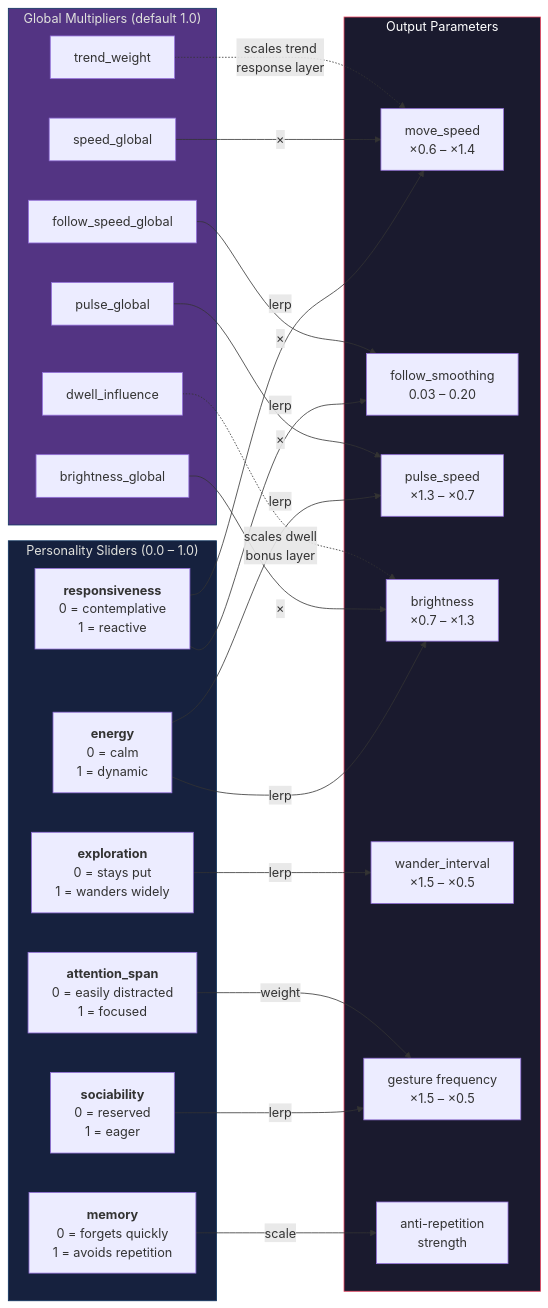
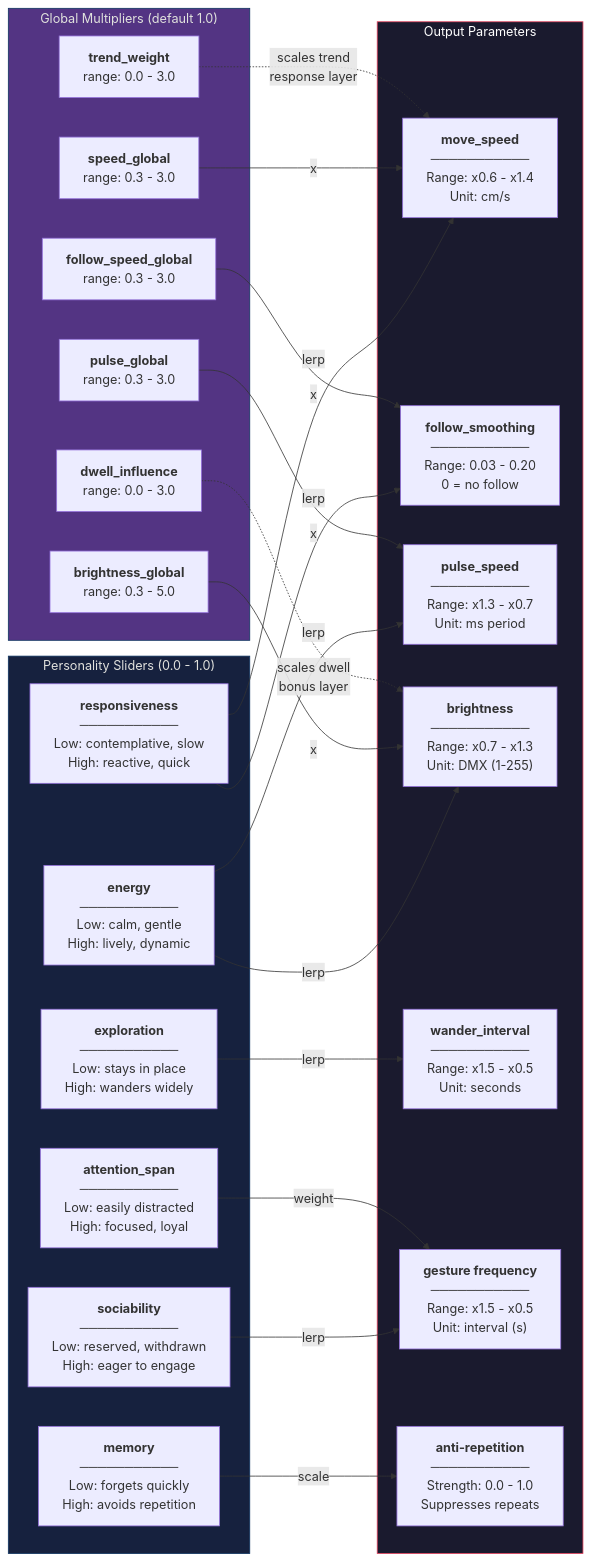
One commit to npuckett/dc-dev changed the fourth of 17 diagrams in IO/BEHAVIOR_DIAGRAMS.md. Above: the diagram before and after it, drawn with Mermaid. The commit also changed other lines of this file, not shown here.

Commit message:
cv diagram added

````diff
--- a/IO/BEHAVIOR_DIAGRAMS.md
+++ b/IO/BEHAVIOR_DIAGRAMS.md
@@ -183,50 +183,50 @@
 ```mermaid
 flowchart LR
-    subgraph SLIDERS["Personality Sliders (0.0 – 1.0)"]
-        RESP["<b>responsiveness</b><br/>0 = contemplative<br/>1 = reactive"]
-        ENER["<b>energy</b><br/>0 = calm<br/>1 = dynamic"]
-        ATTN["<b>attention_span</b><br/>0 = easily distracted<br/>1 = focused"]
-        SOCI["<b>sociability</b><br/>0 = reserved<br/>1 = eager"]
-        EXPL["<b>exploration</b><br/>0 = stays put<br/>1 = wanders widely"]
-        MEMO["<b>memory</b><br/>0 = forgets quickly<br/>1 = avoids repetition"]
+    subgraph SLIDERS["Personality Sliders (0.0 - 1.0)"]
+        RESP["<b>responsiveness</b><br/>───────────<br/>Low: contemplative, slow<br/>High: reactive, quick"]
+        ENER["<b>energy</b><br/>───────────<br/>Low: calm, gentle<br/>High: lively, dynamic"]
+        ATTN["<b>attention_span</b><br/>───────────<br/>Low: easily distracted<br/>High: focused, loyal"]
+        SOCI["<b>sociability</b><br/>───────────<br/>Low: reserved, withdrawn<br/>High: eager to engage"]
+        EXPL["<b>exploration</b><br/>───────────<br/>Low: stays in place<br/>High: wanders widely"]
+        MEMO["<b>memory</b><br/>───────────<br/>Low: forgets quickly<br/>High: avoids repetition"]
     end
 
     subgraph OUTPUTS["Output Parameters"]
-        SPEED["move_speed<br/>×0.6 – ×1.4"]
-        FOLLOW["follow_smoothing<br/>0.03 – 0.20"]
-        PULSE["pulse_speed<br/>×1.3 – ×0.7"]
-        BRIGHT["brightness<br/>×0.7 – ×1.3"]
-        WANDER["wander_interval<br/>×1.5 – ×0.5"]
-        GESTURE["gesture frequency<br/>×1.5 – ×0.5"]
-        ANTIREP["anti-repetition<br/>strength"]
+        SPEED["<b>move_speed</b><br/>───────────<br/>Range: x0.6 - x1.4<br/>Unit: cm/s"]
+        FOLLOW["<b>follow_smoothing</b><br/>───────────<br/>Range: 0.03 - 0.20<br/>0 = no follow"]
+        PULSE["<b>pulse_speed</b><br/>───────────<br/>Range: x1.3 - x0.7<br/>Unit: ms period"]
+        BRIGHT["<b>brightness</b><br/>───────────<br/>Range: x0.7 - x1.3<br/>Unit: DMX (1-255)"]
+        WANDER["<b>wander_interval</b><br/>───────────<br/>Range: x1.5 - x0.5<br/>Unit: seconds"]
+        GESTURE["<b>gesture frequency</b><br/>───────────<br/>Range: x1.5 - x0.5<br/>Unit: interval (s)"]
+        ANTIREP["<b>anti-repetition</b><br/>───────────<br/>Strength: 0.0 - 1.0<br/>Suppresses repeats"]
     end
 
     RESP -->|"lerp"| SPEED
     RESP -->|"lerp"| FOLLOW
     ENER -->|"lerp"| PULSE
     ENER -->|"lerp"| BRIGHT
     EXPL -->|"lerp"| WANDER
     SOCI -->|"lerp"| GESTURE
     ATTN -->|"weight"| GESTURE
     MEMO -->|"scale"| ANTIREP
 
     subgraph MULTIPLIERS["Global Multipliers (default 1.0)"]
-        BG["brightness_global"]
-        SG["speed_global"]
-        PG["pulse_global"]
-        FG["follow_speed_global"]
-        DI["dwell_influence"]
-        TW["trend_weight"]
+        BG["<b>brightness_global</b><br/>range: 0.3 - 5.0"]
+        SG["<b>speed_global</b><br/>range: 0.3 - 3.0"]
+        PG["<b>pulse_global</b><br/>range: 0.3 - 3.0"]
+        FG["<b>follow_speed_global</b><br/>range: 0.3 - 3.0"]
+        DI["<b>dwell_influence</b><br/>range: 0.0 - 3.0"]
+        TW["<b>trend_weight</b><br/>range: 0.0 - 3.0"]
     end
 
-    BG -->|"×"| BRIGHT
-    SG -->|"×"| SPEED
-    PG -->|"×"| PULSE
-    FG -->|"×"| FOLLOW
+    BG -->|"x"| BRIGHT
+    SG -->|"x"| SPEED
+    PG -->|"x"| PULSE
+    FG -->|"x"| FOLLOW
     DI -.->|"scales dwell<br/>bonus layer"| BRIGHT
     TW -.->|"scales trend<br/>response layer"| SPEED
 
     style SLIDERS fill:#16213e,stroke:#0f3460,color:#e0e1dd
     style OUTPUTS fill:#1a1a2e,stroke:#e94560,color:#fff
     style MULTIPLIERS fill:#533483,stroke:#0f3460,color:#e0e1dd
 ```
````
